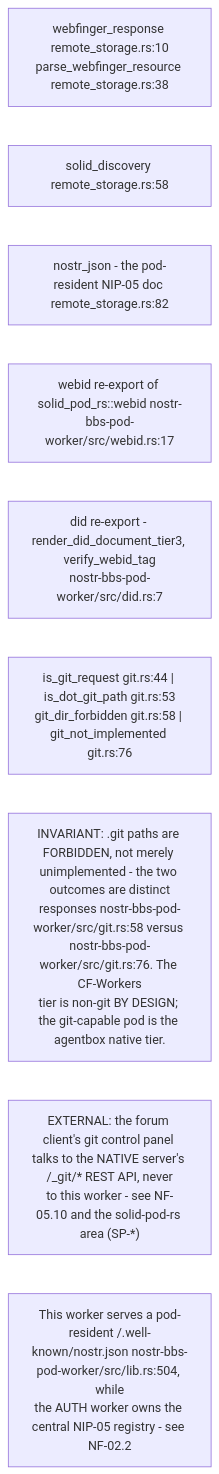
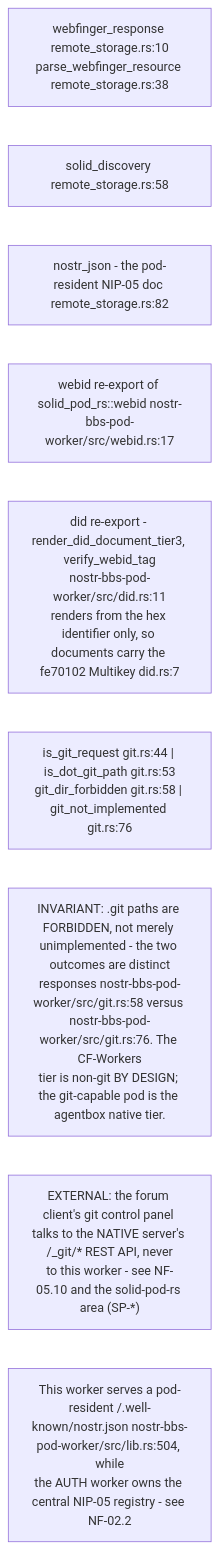
One commit to DreamLab-AI/VisionFlow changed the seventh of 10 diagrams in docs/diagrams/nostr-rust-forum/04-pod-worker-ldp-wac-and-delegation.md. Above: the diagram before and after it, drawn with Mermaid. The commit also changed other lines of this file and 94 other files, not shown here.

First line of the commit message:
docs(diagrams): re-verify 130 topics against 2 October HEADs

````diff
--- a/docs/diagrams/nostr-rust-forum/04-pod-worker-ldp-wac-and-delegation.md
+++ b/docs/diagrams/nostr-rust-forum/04-pod-worker-ldp-wac-and-delegation.md
@@ -216,13 +216,13 @@
 ```mermaid
 flowchart LR
     WFR["webfinger_response remote_storage.rs:10<br/>parse_webfinger_resource remote_storage.rs:38"]
     SOLD["solid_discovery remote_storage.rs:58"]
     NJ["nostr_json - the pod-resident NIP-05 doc remote_storage.rs:82"]
     WID["webid re-export of solid_pod_rs::webid nostr-bbs-pod-worker/src/webid.rs:17"]
-    DIDM["did re-export - render_did_document_tier3, verify_webid_tag<br/>nostr-bbs-pod-worker/src/did.rs:7"]
+    DIDM["did re-export - render_did_document_tier3, verify_webid_tag<br/>nostr-bbs-pod-worker/src/did.rs:11<br/>renders from the hex identifier only, so documents carry the fe70102 Multikey did.rs:7"]
     GITG["is_git_request git.rs:44 | is_dot_git_path git.rs:53<br/>git_dir_forbidden git.rs:58 | git_not_implemented git.rs:76"]
 
     N1["INVARIANT: .git paths are FORBIDDEN, not merely unimplemented - the two outcomes are distinct<br/>responses nostr-bbs-pod-worker/src/git.rs:58 versus nostr-bbs-pod-worker/src/git.rs:76. The CF-Workers<br/>tier is non-git BY DESIGN; the git-capable pod is the agentbox native tier."]
     N2["EXTERNAL: the forum client's git control panel talks to the NATIVE server's /_git/* REST API, never<br/>to this worker - see NF-05.10 and the solid-pod-rs area (SP-*)"]
     N3["This worker serves a pod-resident /.well-known/nostr.json nostr-bbs-pod-worker/src/lib.rs:504, while<br/>the AUTH worker owns the central NIP-05 registry - see NF-02.2"]
 ```
````
